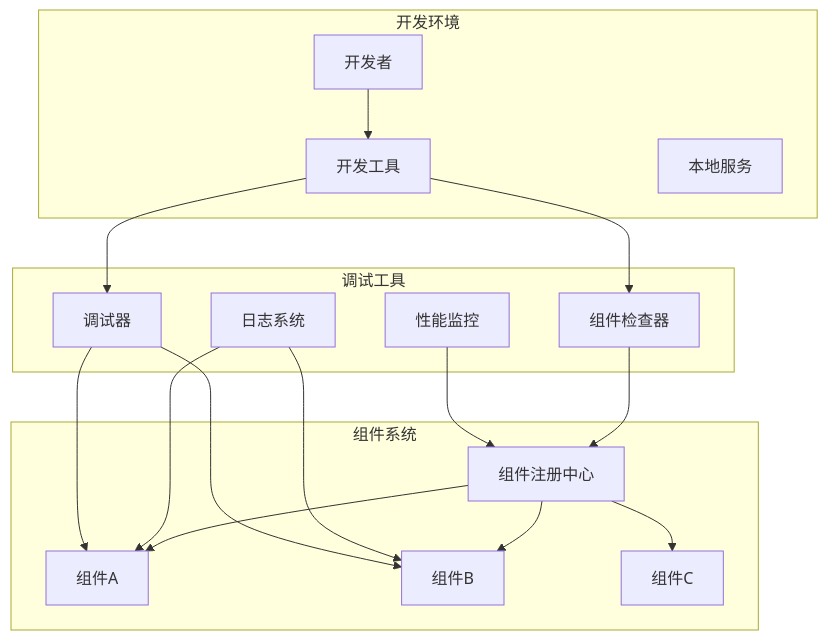
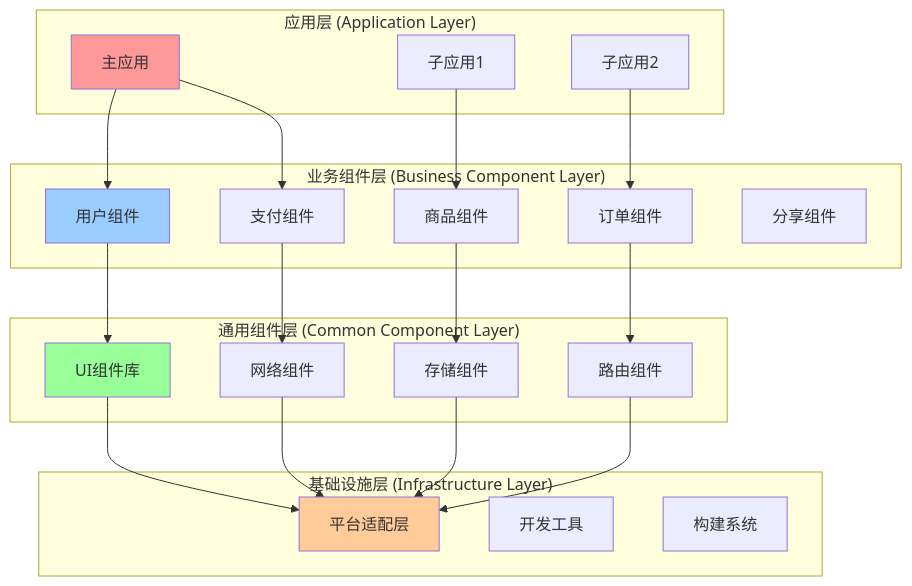
Before and after one commit to chongyang211/YCBookBlog: the eighth of 8 diagrams in 00.通用技术的提升/02.源码设计思想/02.组件化开发优化实践.md, drawn with Mermaid. The commit also changed other lines of this file, not shown here.

Commit message:
整体架构设计

````diff
--- a/00.通用技术的提升/02.源码设计思想/02.组件化开发优化实践.md
+++ b/00.通用技术的提升/02.源码设计思想/02.组件化开发优化实践.md
@@ -299,37 +299,49 @@
 ```mermaid
 graph TB
-    subgraph "开发环境"
-        Dev[开发者]
-        IDE[开发工具]
-        LocalServer[本地服务]
+    subgraph "应用层 (Application Layer)"
+        MainApp[主应用]
+        SubApp1[子应用1]
+        SubApp2[子应用2]
     end
     
-    subgraph "调试工具"
-        Debugger[调试器]
-        Logger[日志系统]
-        Monitor[性能监控]
-        Inspector[组件检查器]
+    subgraph "业务组件层 (Business Component Layer)"
+        UserComp[用户组件]
+        PayComp[支付组件]
+        ProductComp[商品组件]
+        OrderComp[订单组件]
+        HomeComp[分享组件]
     end
     
-    subgraph "组件系统"
-        CompA[组件A]
-        CompB[组件B]
-        CompC[组件C]
-        Registry[组件注册中心]
+    subgraph "通用组件层 (Common Component Layer)"
+        UIKit[UI组件库]
+        RouterComp[路由组件]
+        StorageComp[存储组件]
+        NetworkComp[网络组件]
     end
     
-    Dev --> IDE
-    IDE --> Debugger
-    IDE --> Inspector
+    subgraph "基础设施层 (Infrastructure Layer)"
+        Platform[平台适配层]
+        DevTools[开发工具]
+        BuildSystem[构建系统]
+    end
     
-    Debugger --> CompA
-    Debugger --> CompB
-    Logger --> CompA
-    Logger --> CompB
-    Monitor --> Registry
-    Inspector --> Registry
+    MainApp --> UserComp
+    MainApp --> PayComp
+    SubApp1 --> ProductComp
+    SubApp2 --> OrderComp
     
-    Registry --> CompA
-    Registry --> CompB
-    Registry --> CompC
+    UserComp --> UIKit
+    PayComp --> NetworkComp
+    ProductComp --> StorageComp
+    OrderComp --> RouterComp
+    
+    UIKit --> Platform
+    NetworkComp --> Platform
+    StorageComp --> Platform
+    RouterComp --> Platform
+    
+    style MainApp fill:#ff9999
+    style UserComp fill:#99ccff
+    style UIKit fill:#99ff99
+    style Platform fill:#ffcc99
 ```
````
